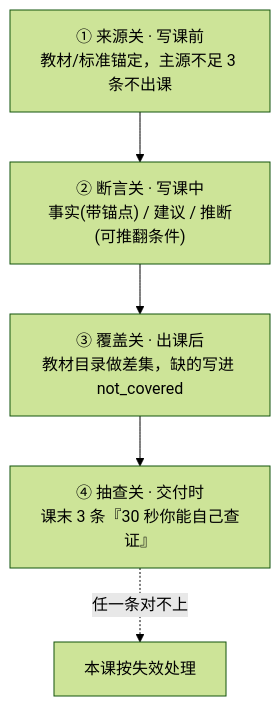
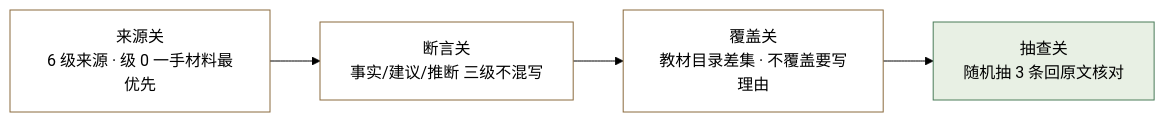
One commit to Asaceoo/learn-system-skills changed the fifth of 5 diagrams in README.md. Above: the diagram before and after it, drawn with Mermaid (forest theme). The commit also changed other lines of this file and 12 other files, not shown here.

First line of the commit message:
learn-system v0.7.0: 知识图谱总览（每概念八项 + 2D/3D 图示）

````diff
--- a/README.md
+++ b/README.md
@@ -84,7 +236,10 @@
 ```mermaid
-flowchart TB
-    G1["① 来源关 · 写课前<br/>教材/标准锚定，主源不足 3 条不出课"] --> G2["② 断言关 · 写课中<br/>事实(带锚点) / 建议 / 推断(可推翻条件)"]
-    G2 --> G3["③ 覆盖关 · 出课后<br/>教材目录做差集，缺的写进 not_covered"]
-    G3 --> G4["④ 抽查关 · 交付时<br/>课末 3 条『30 秒你能自己查证』"]
-    G4 -.任一条对不上.-> X["本课按失效处理"]
+graph LR
+    S["来源关<br/>6 级来源 · 级 0 一手材料最优先"] --> A["断言关<br/>事实/建议/推断 三级不混写"]
+    A --> C["覆盖关<br/>教材目录差集 · 不覆盖要写理由"]
+    C --> R["抽查关<br/>随机抽 3 条回原文核对"]
+    style S fill:#fff,stroke:#8a6a3d
+    style A fill:#fff,stroke:#8a6a3d
+    style C fill:#fff,stroke:#8a6a3d
+    style R fill:#e8f0e4,stroke:#4a7c59
 ```
````
